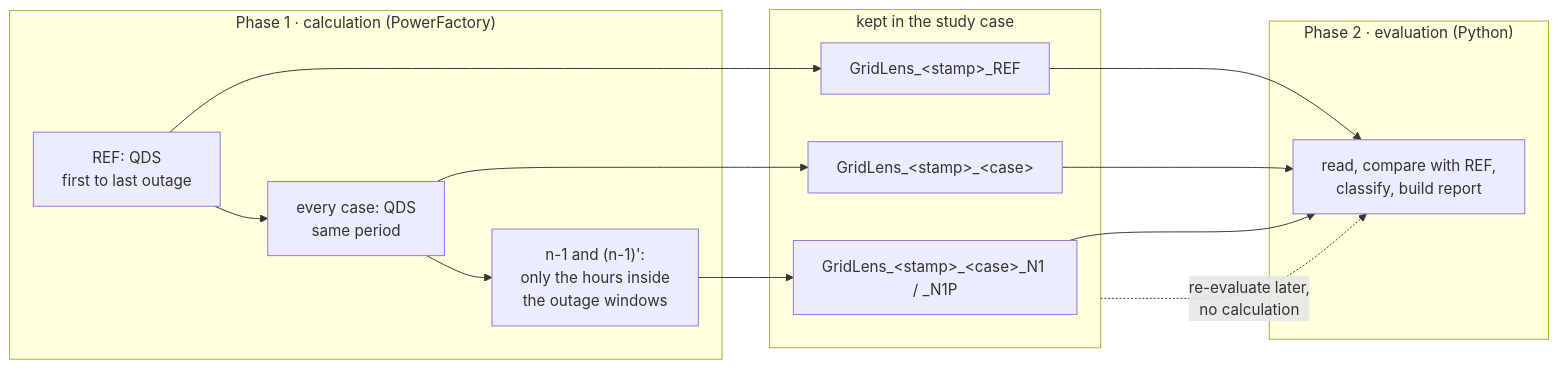
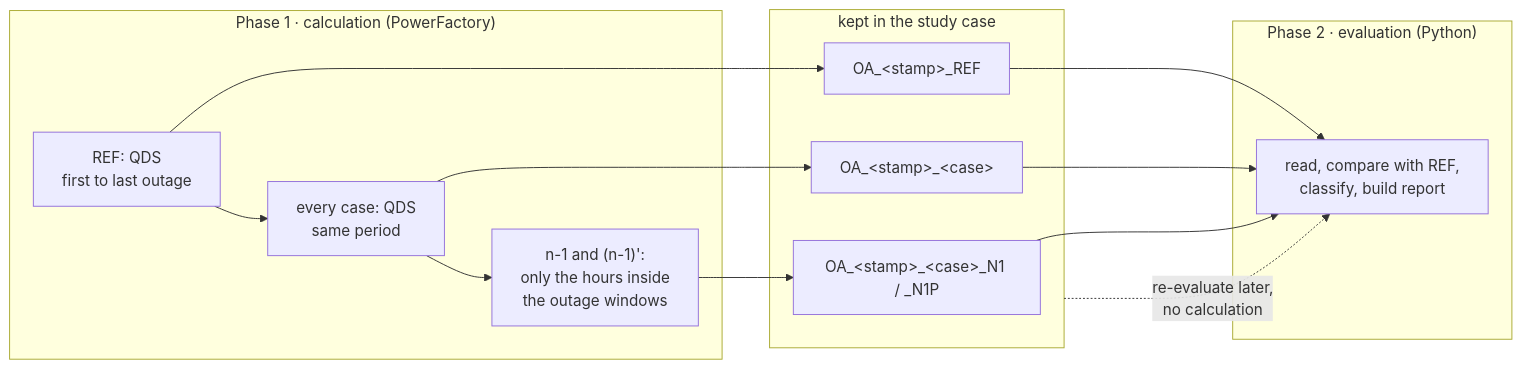
One commit to hadiibrahim-Engin/GridLensAssessment changed the first of 2 diagrams in docs/CALCULATION_AND_EVALUATION.md. Above: the diagram before and after it, drawn with Mermaid. The commit also changed other lines of this file and 61 other files, not shown here.

First line of the commit message:
Refactor GridLens references to Outage Assessment in diagnostic probes and scripts

````diff
--- a/docs/CALCULATION_AND_EVALUATION.md
+++ b/docs/CALCULATION_AND_EVALUATION.md
@@ -14,20 +14,20 @@
 ```mermaid
 flowchart LR
     subgraph P1["Phase 1 · calculation (PowerFactory)"]
         R["REF: QDS<br/>first to last outage"] --> C["every case: QDS<br/>same period"]
         C --> N["n-1 and (n-1)':<br/>only the hours inside<br/>the outage windows"]
     end
     subgraph K["kept in the study case"]
-        E1["GridLens_&lt;stamp&gt;_REF"]
-        E2["GridLens_&lt;stamp&gt;_&lt;case&gt;"]
-        E3["GridLens_&lt;stamp&gt;_&lt;case&gt;_N1 / _N1P"]
+        E1["OA_&lt;stamp&gt;_REF"]
+        E2["OA_&lt;stamp&gt;_&lt;case&gt;"]
+        E3["OA_&lt;stamp&gt;_&lt;case&gt;_N1 / _N1P"]
     end
     subgraph P2["Phase 2 · evaluation (Python)"]
         V["read, compare with REF,<br/>classify, build report"]
     end
     R --> E1
     C --> E2
     N --> E3
     E1 & E2 & E3 --> V
     K -. "re-evaluate later,<br/>no calculation" .-> V
 ```
````
